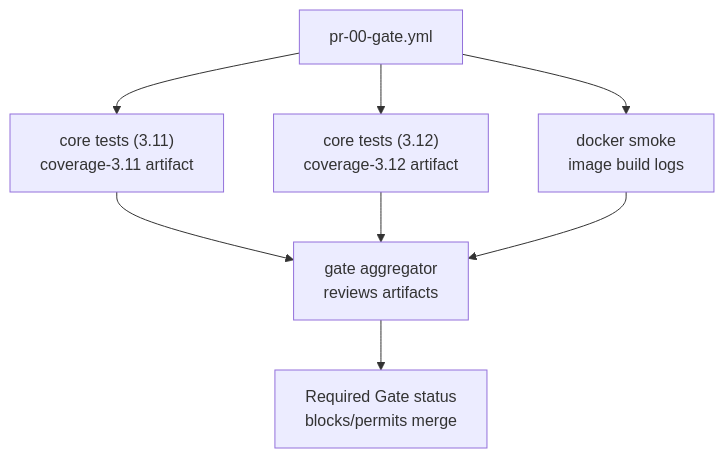
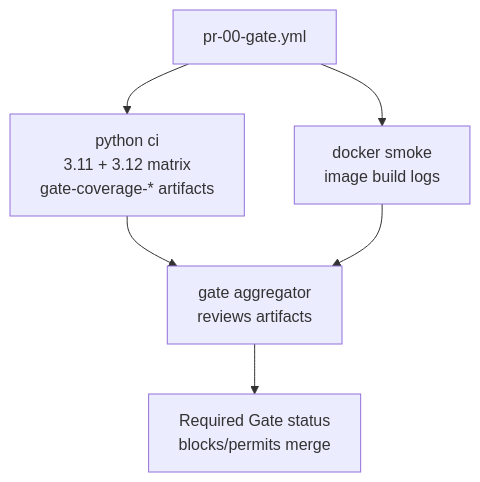
The diagram in docs/ci/WORKFLOWS.md (stranske/Trend_Model_Project), drawn with Mermaid before and after one commit. The commit also changed other lines of this file and 8 other files, not shown here.

Commit message:
refactor: centralize gate ci coverage publishing

````diff
--- a/docs/ci/WORKFLOWS.md
+++ b/docs/ci/WORKFLOWS.md
@@ -44,10 +43,8 @@
 ```mermaid
 flowchart TD
-    pr00["pr-00-gate.yml"] --> core311["core tests (3.11)\ncoverage-3.11 artifact"]
-    pr00 --> core312["core tests (3.12)\ncoverage-3.12 artifact"]
+    pr00["pr-00-gate.yml"] --> pythonCi["python ci\n3.11 + 3.12 matrix\n gate-coverage-* artifacts"]
     pr00 --> dockerSmoke["docker smoke\nimage build logs"]
-    core311 --> gate["gate aggregator\nreviews artifacts"]
-    core312 --> gate
+    pythonCi --> gate["gate aggregator\nreviews artifacts"]
     dockerSmoke --> gate
     gate --> status["Required Gate status\nblocks/permits merge"]
 ```
````
